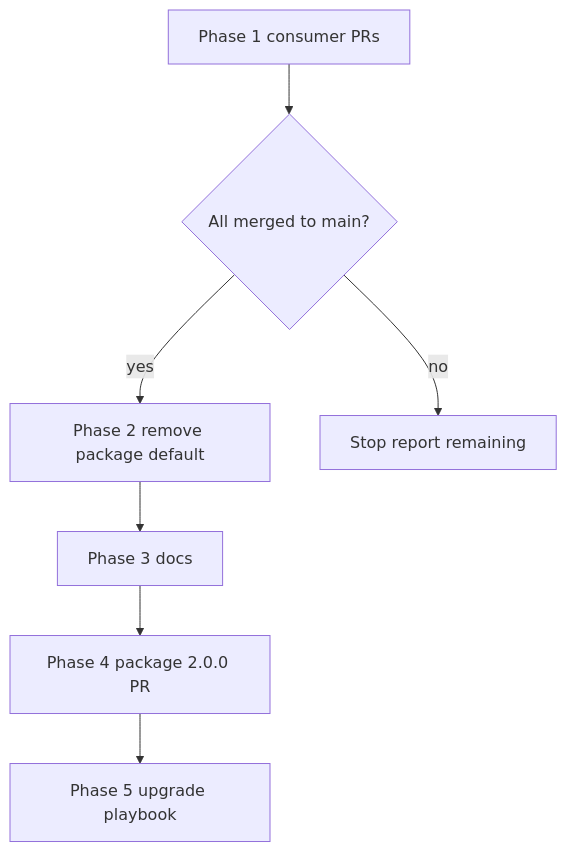
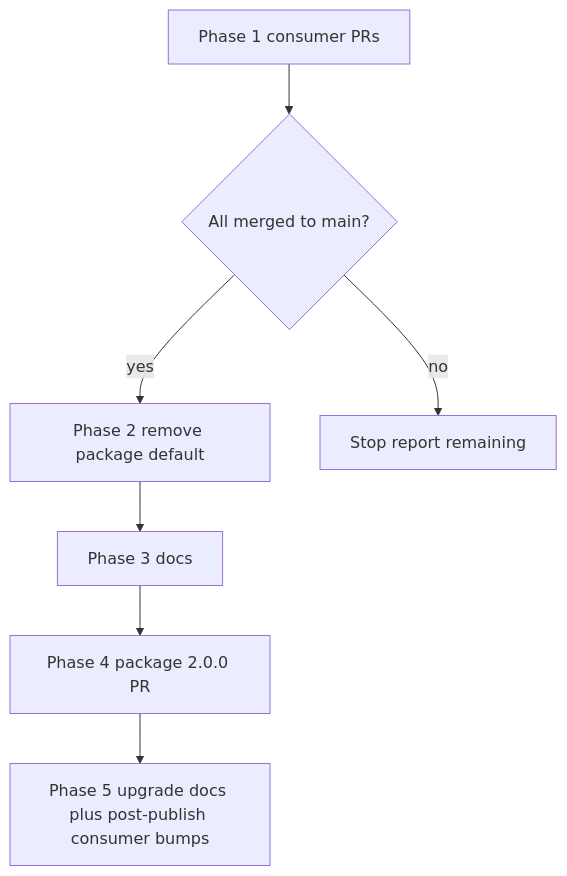
One commit to multipliers-dev/savepoints-lite changed the diagram in .cursor/plans/2026-10-27-oss-readiness-cleanup.plan.md. Above: the diagram before and after it, drawn with Mermaid. The commit also changed other lines of this file, not shown here.

First line of the commit message:
docs(plan): clarify phase 5 docs vs post-publish consumer bumps

````diff
--- a/.cursor/plans/2026-10-27-oss-readiness-cleanup.plan.md
+++ b/.cursor/plans/2026-10-27-oss-readiness-cleanup.plan.md
@@ -87,15 +89,15 @@
 ```mermaid
 flowchart TB
   P1[Phase 1 consumer PRs]
   CP{All merged to main?}
   P2[Phase 2 remove package default]
   P3[Phase 3 docs]
   P4[Phase 4 package 2.0.0 PR]
-  P5[Phase 5 upgrade playbook]
+  P5[Phase 5 upgrade docs plus post-publish consumer bumps]
   P1 --> CP
   CP -->|no| STOP[Stop report remaining]
   CP -->|yes| P2
   P2 --> P3
   P3 --> P4
   P4 --> P5
 ```
````
